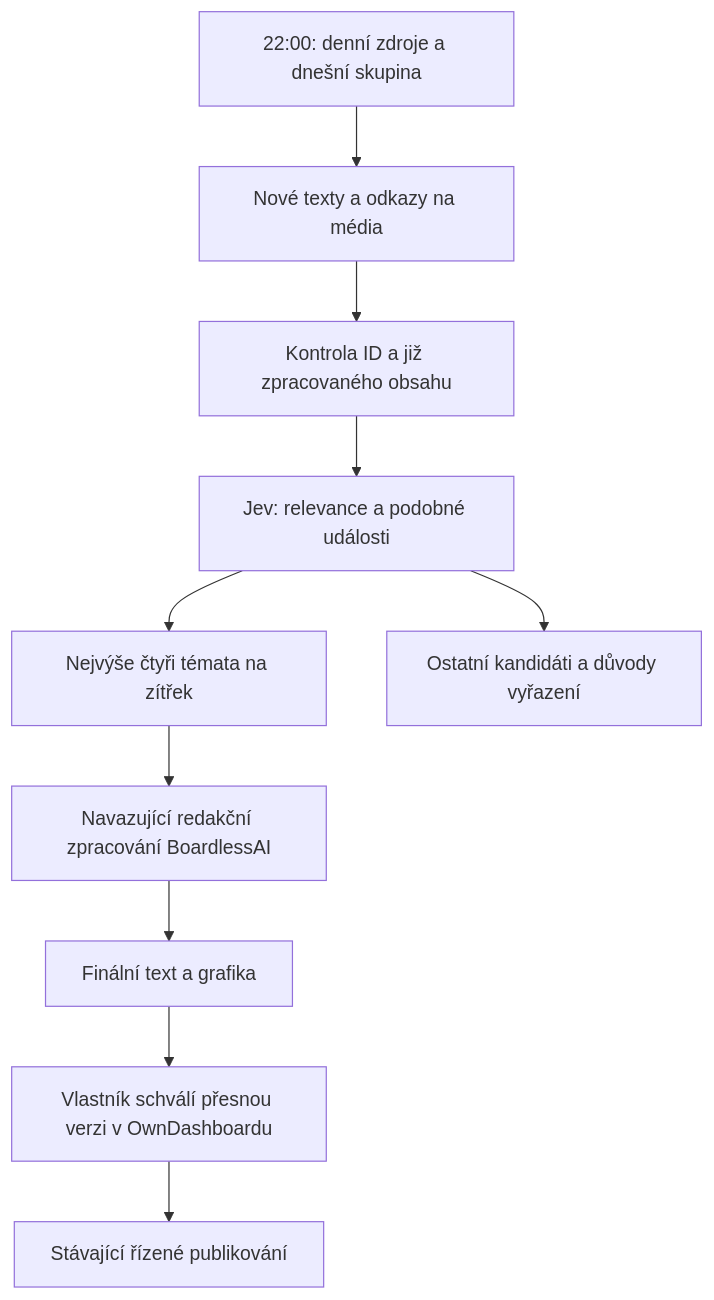
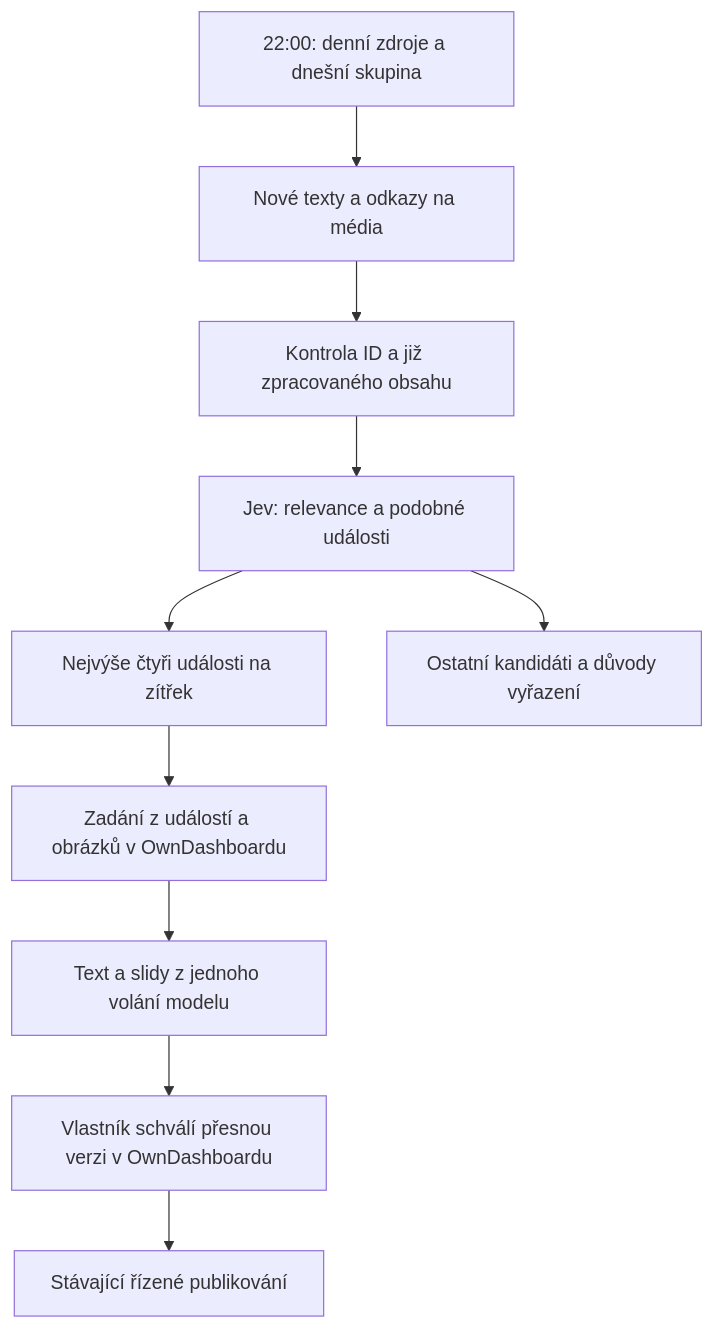
Before and after one commit to lukaskourilcz/own-dashboard: the diagram in docs/dneskai-source-collection.md, drawn with Mermaid. The commit also changed other lines of this file and 6 other files, not shown here.

````diff
--- a/docs/dneskai-source-collection.md
+++ b/docs/dneskai-source-collection.md
@@ -12,12 +12,12 @@
 ```mermaid
 flowchart TD
   A[22:00: denní zdroje a dnešní skupina] --> B[Nové texty a odkazy na média]
   B --> C[Kontrola ID a již zpracovaného obsahu]
   C --> D[Jev: relevance a podobné události]
-  D --> E[Nejvýše čtyři témata na zítřek]
+  D --> E[Nejvýše čtyři události na zítřek]
   D --> F[Ostatní kandidáti a důvody vyřazení]
-  E --> G[Navazující redakční zpracování BoardlessAI]
-  G --> H[Finální text a grafika]
+  E --> G[Zadání z událostí a obrázků v OwnDashboardu]
+  G --> H[Text a slidy z jednoho volání modelu]
   H --> I[Vlastník schválí přesnou verzi v OwnDashboardu]
   I --> J[Stávající řízené publikování]
 ```
````
